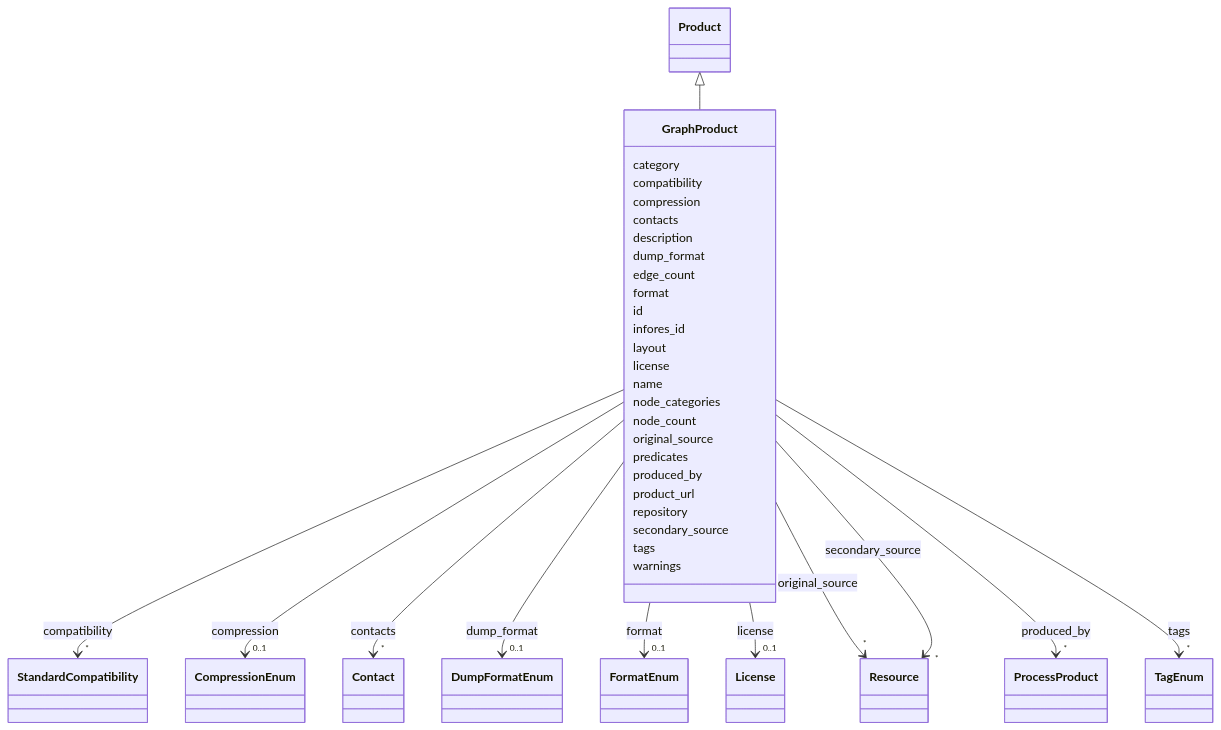
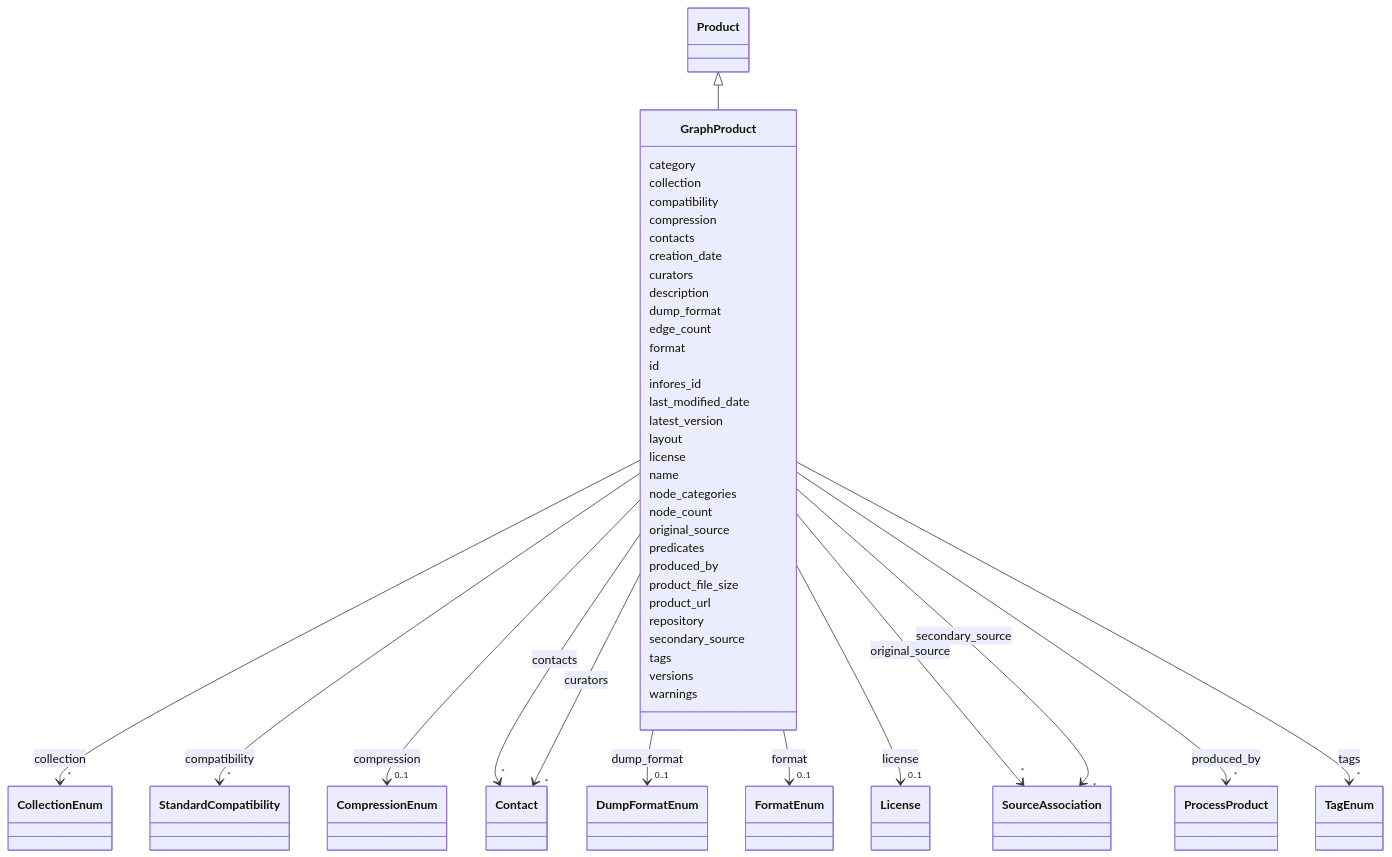
The diagram in docs/schema/GraphProduct.md (Knowledge-Graph-Hub/kg-registry), drawn with Mermaid before and after one commit. The commit also changed other lines of this file and 141 other files, not shown here.

````diff
--- a/docs/schema/GraphProduct.md
+++ b/docs/schema/GraphProduct.md
@@ -24,125 +23,177 @@
 ```mermaid
  classDiagram
     class GraphProduct
-    click GraphProduct href "GraphProduct.html"
+    click GraphProduct href "GraphProduct/.html"
       Product <|-- GraphProduct
-        click Product href "Product.html"
-      
+        click Product href "Product/.html"
+
       GraphProduct : category
-        
+
+      GraphProduct : collection
+
+
+
+
+
+        GraphProduct --> "*" CollectionEnum : collection
+        click CollectionEnum href "CollectionEnum/.html"
+
+
+
       GraphProduct : compatibility
-        
-          
-    
-    
-    GraphProduct --> "*" StandardCompatibility : compatibility
-    click StandardCompatibility href "StandardCompatibility.html"
 
-        
+
+
+
+
+        GraphProduct --> "*" StandardCompatibility : compatibility
+        click StandardCompatibility href "StandardCompatibility/.html"
+
+
+
       GraphProduct : compression
-        
-          
-    
-    
-    GraphProduct --> "0..1" CompressionEnum : compression
-    click CompressionEnum href "CompressionEnum.html"
 
-        
+
+
+
+
+        GraphProduct --> "0..1" CompressionEnum : compression
+        click CompressionEnum href "CompressionEnum/.html"
+
+
+
       GraphProduct : contacts
-        
-          
-    
-    
-    GraphProduct --> "*" Contact : contacts
-    click Contact href "Contact.html"
 
-        
+
+
+
+
+        GraphProduct --> "*" Contact : contacts
+        click Contact href "Contact/.html"
+
+
+
+      GraphProduct : creation_date
+
+      GraphProduct : curators
+
+
+
+
+
+        GraphProduct --> "*" Contact : curators
+        click Contact href "Contact/.html"
+
+
+
       GraphProduct : description
-        
+
       GraphProduct : dump_format
-        
-          
-    
-    
-    GraphProduct --> "0..1" DumpFormatEnum : dump_format
-    click DumpFormatEnum href "DumpFormatEnum.html"
 
-        
+
+
+
+
+        GraphProduct --> "0..1" DumpFormatEnum : dump_format
+        click DumpFormatEnum href "DumpFormatEnum/.html"
+
+
+
       GraphProduct : edge_count
-        
+
       GraphProduct : format
-        
-          
-    
-    
-    GraphProduct --> "0..1" FormatEnum : format
-    click FormatEnum href "FormatEnum.html"
 
-        
+
+
+
+
+        GraphProduct --> "0..1" FormatEnum : format
+        click FormatEnum href "FormatEnum/.html"
+
+
+
       GraphProduct : id
-        
+
       GraphProduct : infores_id
-        
+
+      GraphProduct : last_modified_date
+
+      GraphProduct : latest_version
+
       GraphProduct : layout
-        
+
       GraphProduct : license
-        
-          
-    
-    
-    GraphProduct --> "0..1" License : license
-    click License href "License.html"
 
-        
+
+
+
+
+        GraphProduct --> "0..1" License : license
+        click License href "License/.html"
+
+
+
       GraphProduct : name
-        
+
       GraphProduct : node_categories
-        
+
       GraphProduct : node_count
-        
+
       GraphProduct : original_source
-        
-          
-    
-    
-    GraphProduct --> "*" Resource : original_source
-    click Resource href "Resource.html"
 
-        
+
+
+
+
+        GraphProduct --> "*" SourceAssociation : original_source
+        click SourceAssociation href "SourceAssociation/.html"
+
+
+
       GraphProduct : predicates
-        
+
       GraphProduct : produced_by
-        
-          
-    
-    
-    GraphProduct --> "*" ProcessProduct : produced_by
-    click ProcessProduct href "ProcessProduct.html"
 
-        
+
+
+
+
+        GraphProduct --> "*" ProcessProduct : produced_by
+        click ProcessProduct href "ProcessProduct/.html"
+
+
+
+      GraphProduct : product_file_size
+
       GraphProduct : product_url
-        
+
       GraphProduct : repository
-        
+
       GraphProduct : secondary_source
-        
-          
-    
-    
-    GraphProduct --> "*" Resource : secondary_source
-    click Resource href "Resource.html"
 
-        
+
+
+
+
+        GraphProduct --> "*" SourceAssociation : secondary_source
+        click SourceAssociation href "SourceAssociation/.html"
+
+
+
       GraphProduct : tags
-        
-          
-    
-    
-    GraphProduct --> "*" TagEnum : tags
-    click TagEnum href "TagEnum.html"
 
-        
+
+
+
+
+        GraphProduct --> "*" TagEnum : tags
+        click TagEnum href "TagEnum/.html"
+
+
+
+      GraphProduct : versions
+
       GraphProduct : warnings
-        
-      
+
+
 ```
````
